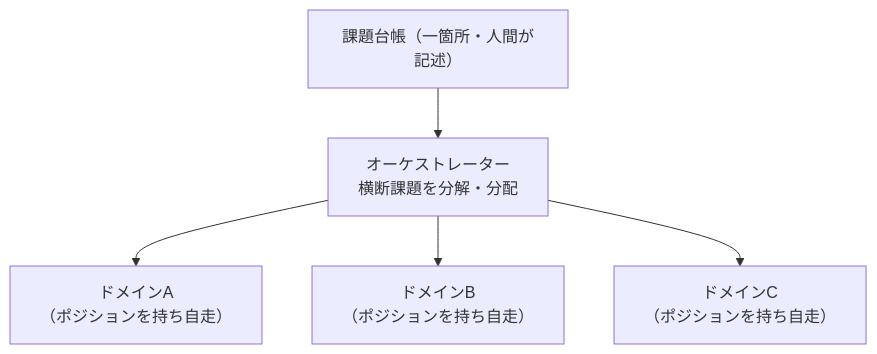
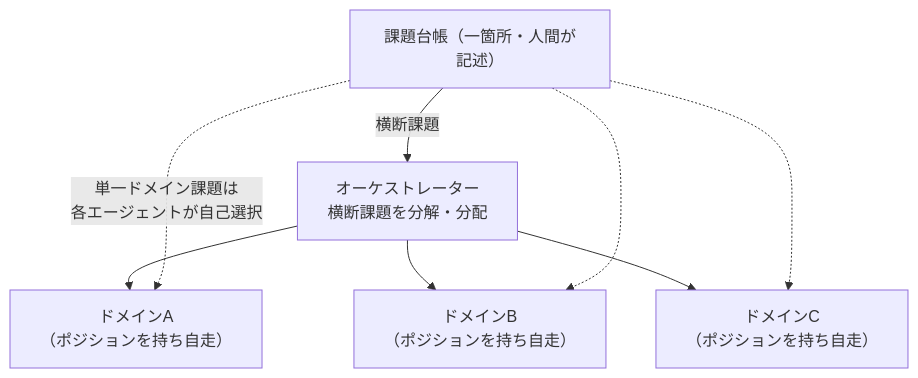
The diagram in docs/requirements.md (masanami/claude-flywheel), drawn with Mermaid before and after one commit. The commit also changed 1 other file, not shown here.

Commit message:
docs: PRレビュー対応（自己選択経路の図示・list内fenceの空行）
CodeRabbit のインライン指摘に対応:

- requirements.md: 課題分配の図に「単一ドメイン課題は各エージェントが自己選択」の
  経路（課題台帳→各ドメインの破線）を追加。横断課題（→オーケストレーター）と
  自己選択を区別して描き、実運用フローの誤読を防ぐ。
- flywheel-init: リスト内コードフェンスの前後に空行を追加（MD031 解消。
  一部レンダラでの誤描画を防止）。

注: fleet 図の共通注記を a2 にぶら下げる指摘は前コミット(dd9818d)で解消済み
（note ノードを廃しキャプションへ移動）。

検証: 変更した mermaid を mmdc でコンパイル確認、flywheel-init の MD031/MD040 解消を
markdownlint で確認。

````diff
--- a/docs/requirements.md
+++ b/docs/requirements.md
@@ -102,8 +102,11 @@
 ```mermaid
 flowchart TD
     ledger["課題台帳（一箇所・人間が記述）"]
-    ledger --> orch["オーケストレーター<br/>横断課題を分解・分配"]
+    ledger -->|横断課題| orch["オーケストレーター<br/>横断課題を分解・分配"]
     orch --> dA["ドメインA<br/>（ポジションを持ち自走）"]
     orch --> dB["ドメインB<br/>（ポジションを持ち自走）"]
     orch --> dC["ドメインC<br/>（ポジションを持ち自走）"]
+    ledger -.->|"単一ドメイン課題は<br/>各エージェントが自己選択"| dA
+    ledger -.-> dB
+    ledger -.-> dC
 ```
````
